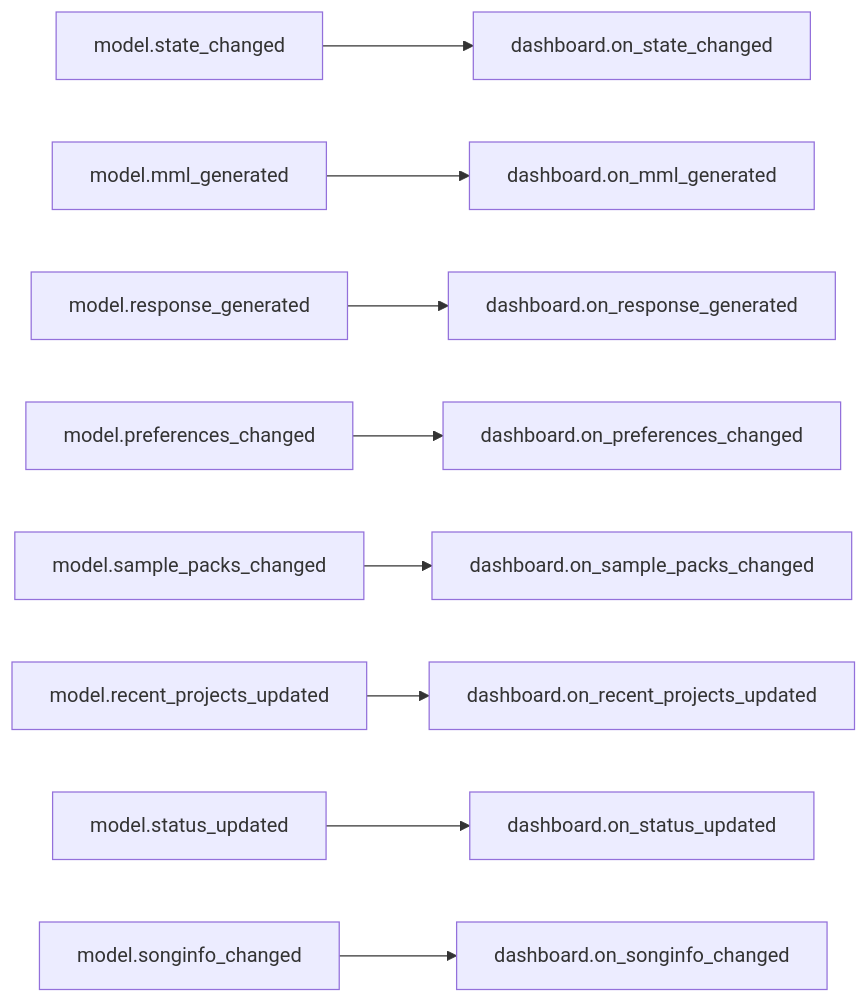
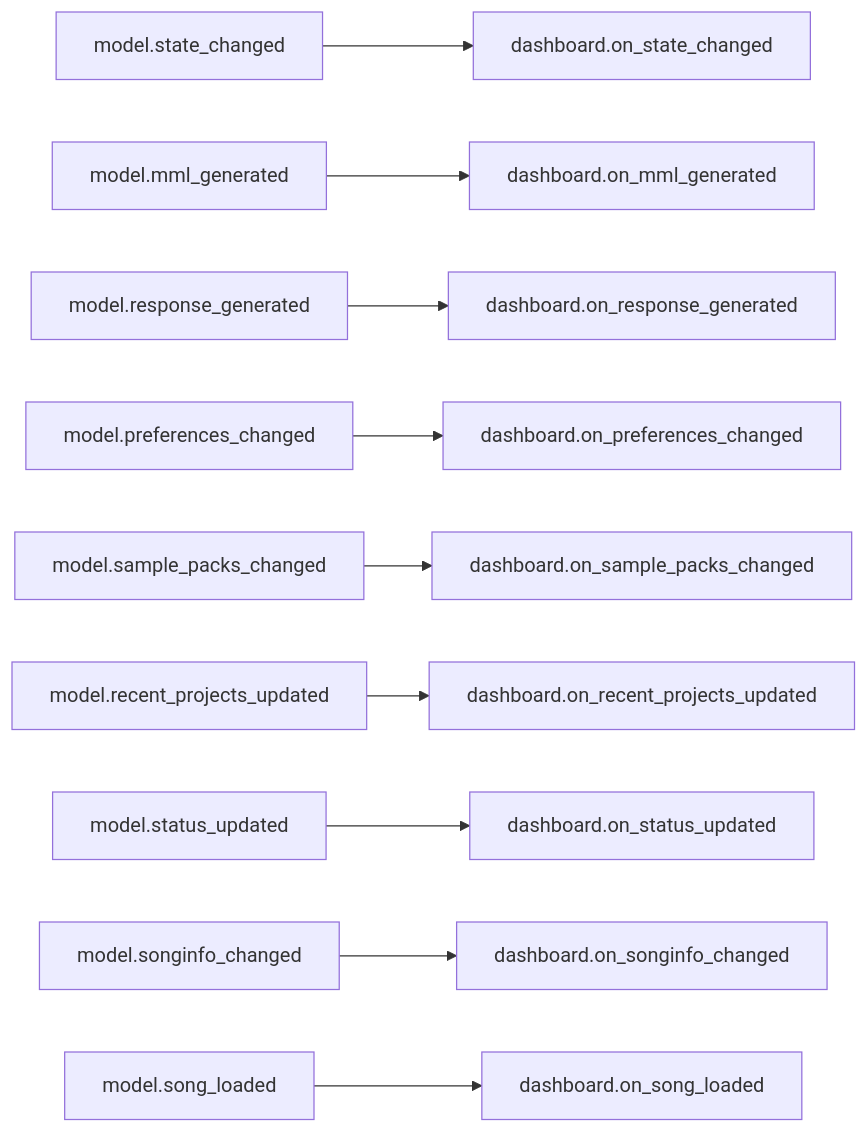
Before and after one commit to com-posers-pit/smw_music: the first of 10 diagrams in doc/source/dashboard_signal_slot_map.rst, drawn with Mermaid. The commit also changed 2 other files, not shown here.

Commit message:
Add song-load -> UI enable/disable logic
Now playing:
Pushing Onwards by Magnus Pålsson

```diff
--- a/doc/source/dashboard_signal_slot_map.rst
+++ b/doc/source/dashboard_signal_slot_map.rst
@@ -22,11 +22,12 @@
 .. mermaid::
 
    flowchart LR
       model.state_changed --> dashboard.on_state_changed
       model.mml_generated --> dashboard.on_mml_generated
       model.response_generated --> dashboard.on_response_generated
       model.preferences_changed --> dashboard.on_preferences_changed
       model.sample_packs_changed --> dashboard.on_sample_packs_changed
       model.recent_projects_updated --> dashboard.on_recent_projects_updated
       model.status_updated --> dashboard.on_status_updated
       model.songinfo_changed --> dashboard.on_songinfo_changed
+      model.song_loaded --> dashboard.on_song_loaded
```
